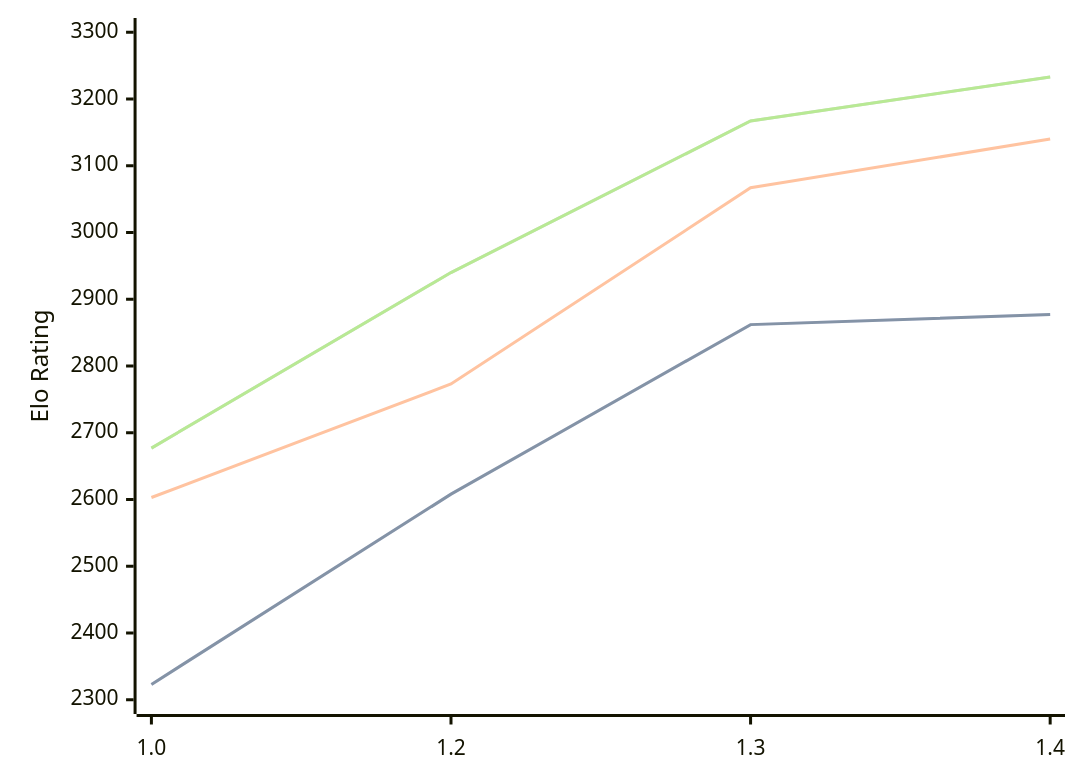
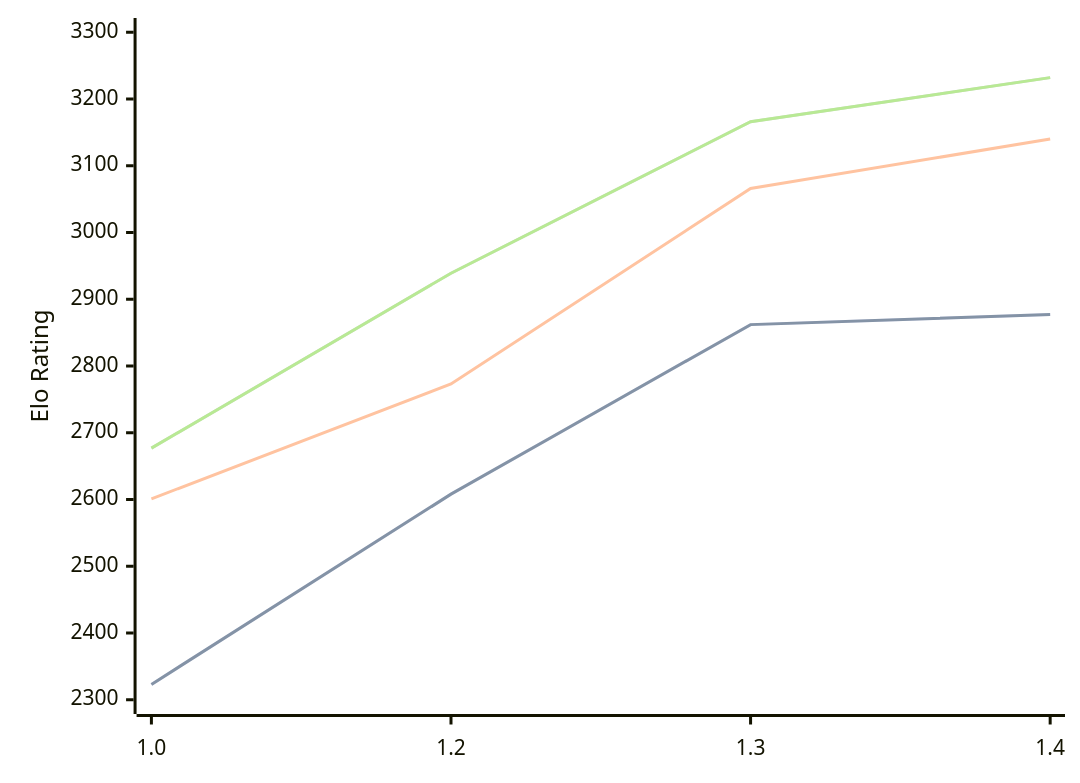
Before and after one commit to computer-chess-index/cci: the diagram in engines/Chessnix.md, drawn with Mermaid. The commit also changed other lines of this file, not shown here.

Commit message:
Update CCI Ratings (ELO VLTC) - 2026-09-01

````diff
--- a/engines/Chessnix.md
+++ b/engines/Chessnix.md
@@ -34,11 +34,11 @@
 ```mermaid
 %%{init: {"theme":"base","themeVariables":{"seriesColors:['#a3a3a3','#222221','#faa371']}}}%%
 xychart-beta
   x-axis ["1.0", "1.2", "1.3", "1.4"]
   y-axis "Elo Rating" 2300 --> 3300
   line "" [2323, 2608, 2862, 2877]
   line "STC (8.0+0.08s)" [2323, 2608, 2862, 2877]
-  line "LTC (60.0+0.60s)" [2603, 2773, 3067, 3140]
-  line "" [2677, 2940, 3167, 3233]
-  line "VLTC (2m24s+1.12s)" [2677, 2940, 3167, 3233]
+  line "LTC (60.0+0.60s)" [2601, 2773, 3066, 3140]
+  line "" [2677, 2939, 3166, 3232]
+  line "VLTC (2m24s+1.12s)" [2677, 2939, 3166, 3232]
 ```
````
